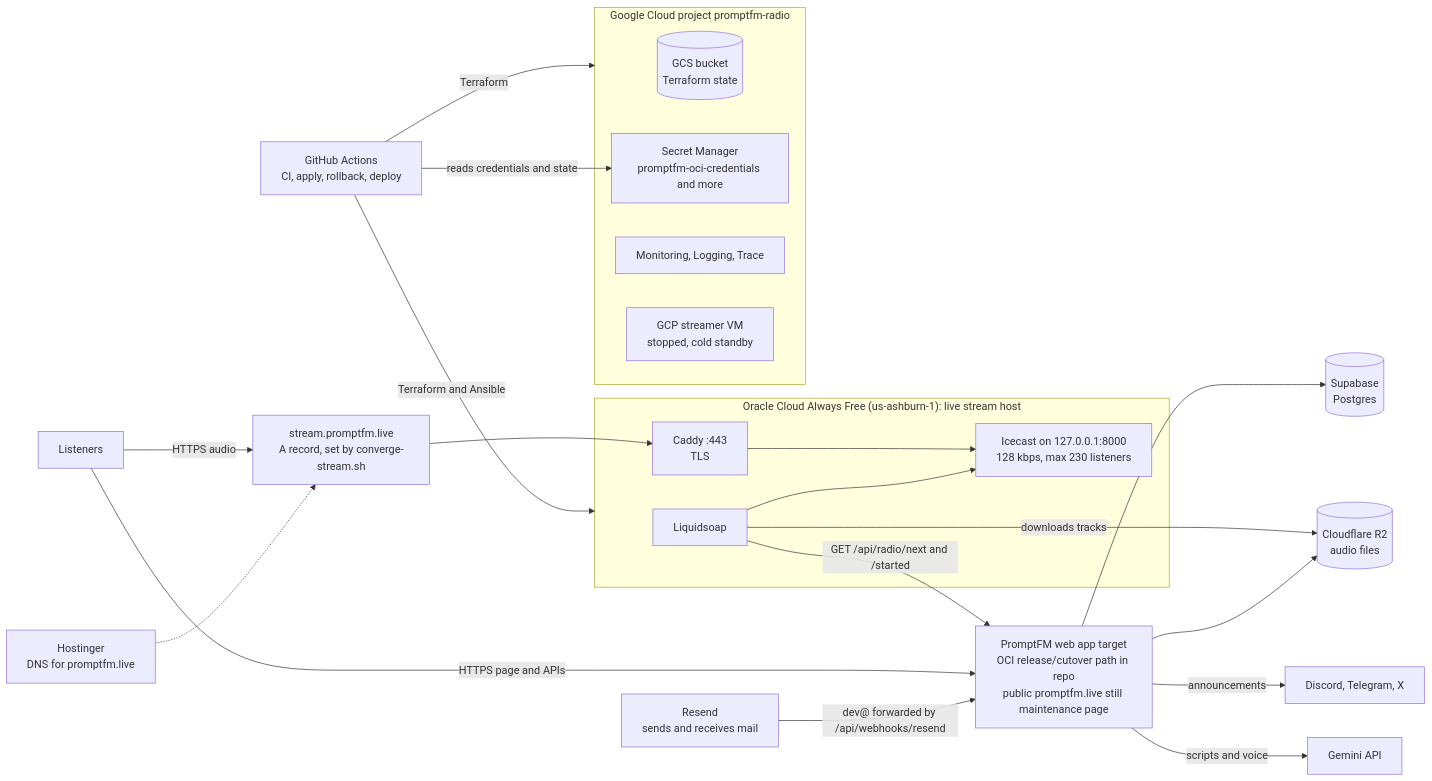
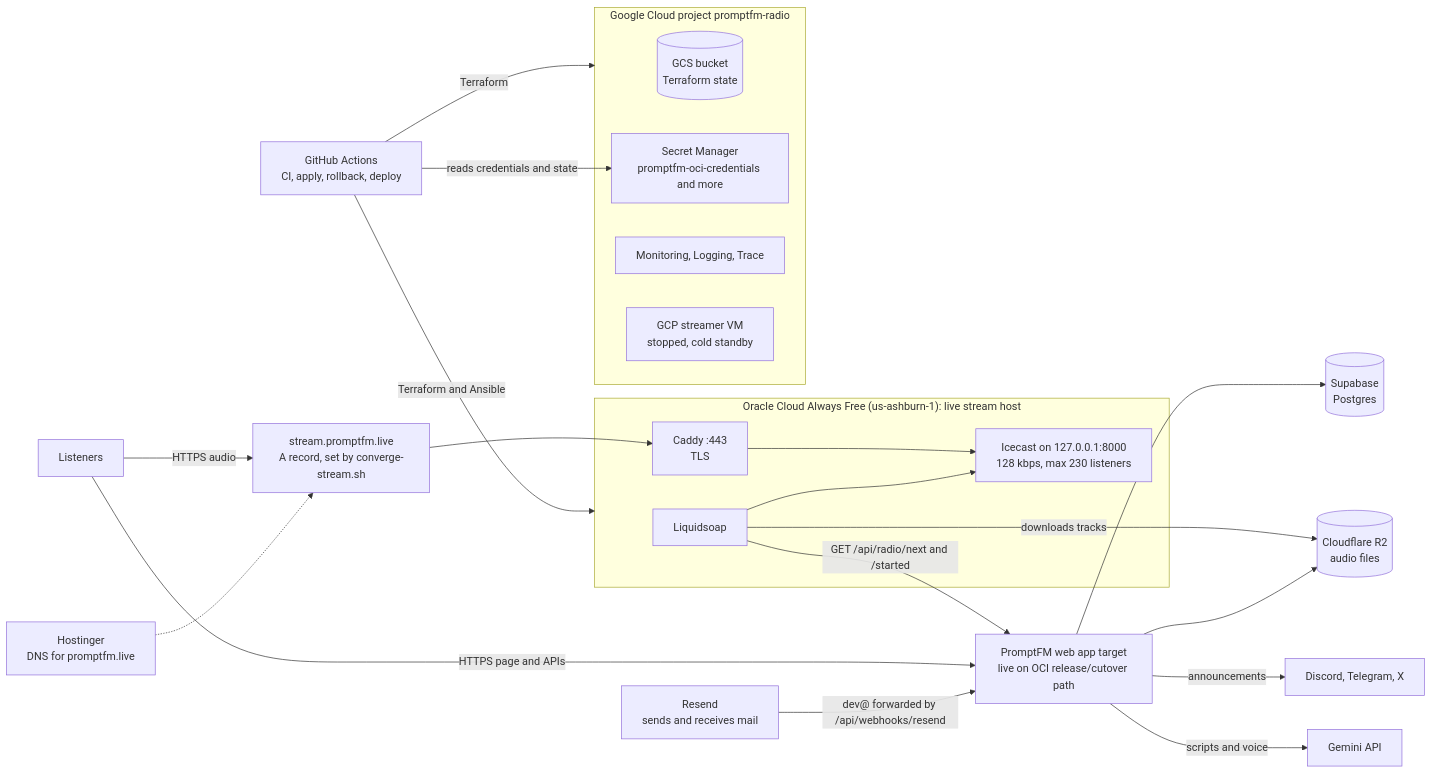
Before and after one commit to PromptFM/promptfm: the first of 2 diagrams in docs/infra-overview.md, drawn with Mermaid. The commit also changed other lines of this file and 5 other files, not shown here.

Commit message:
docs: record first OCI web cutover proof

````diff
--- a/docs/infra-overview.md
+++ b/docs/infra-overview.md
@@ -14,31 +14,31 @@
 ```mermaid
 flowchart LR
-  L["Listeners"] -->|"HTTPS page and APIs"| V["PromptFM web app target<br/>OCI release/cutover path in repo<br/>public promptfm.live still maintenance page"]
+  L["Listeners"] -->|"HTTPS page and APIs"| V["PromptFM web app target<br/>live on OCI release/cutover path"]
   L -->|"HTTPS audio"| S["stream.promptfm.live<br/>A record, set by converge-stream.sh"]
 
   subgraph O["Oracle Cloud Always Free (us-ashburn-1): live stream host"]
     C["Caddy :443<br/>TLS"] --> I["Icecast on 127.0.0.1:8000<br/>128 kbps, max 230 listeners"]
     Q["Liquidsoap"] --> I
   end
   S --> C
   Q -->|"GET /api/radio/next and /started"| V
   Q -->|"downloads tracks"| R[("Cloudflare R2<br/>audio files")]
 
   V --> DB[("Supabase<br/>Postgres")]
   V --> R
   V -->|"announcements"| CH["Discord, Telegram, X"]
   V -->|"scripts and voice"| G["Gemini API"]
 
   subgraph GC["Google Cloud project promptfm-radio"]
     ST[("GCS bucket<br/>Terraform state")]
     SM["Secret Manager<br/>promptfm-oci-credentials and more"]
     MO["Monitoring, Logging, Trace"]
     VM["GCP streamer VM<br/>stopped, cold standby"]
   end
 
   GH["GitHub Actions<br/>CI, apply, rollback, deploy"] -->|"Terraform and Ansible"| O
   GH -->|"Terraform"| GC
   GH -->|"reads credentials and state"| SM
   HO["Hostinger<br/>DNS for promptfm.live"] -.-> S
   RS["Resend<br/>sends and receives mail"] -->|"dev@ forwarded by /api/webhooks/resend"| V
 ```
````
